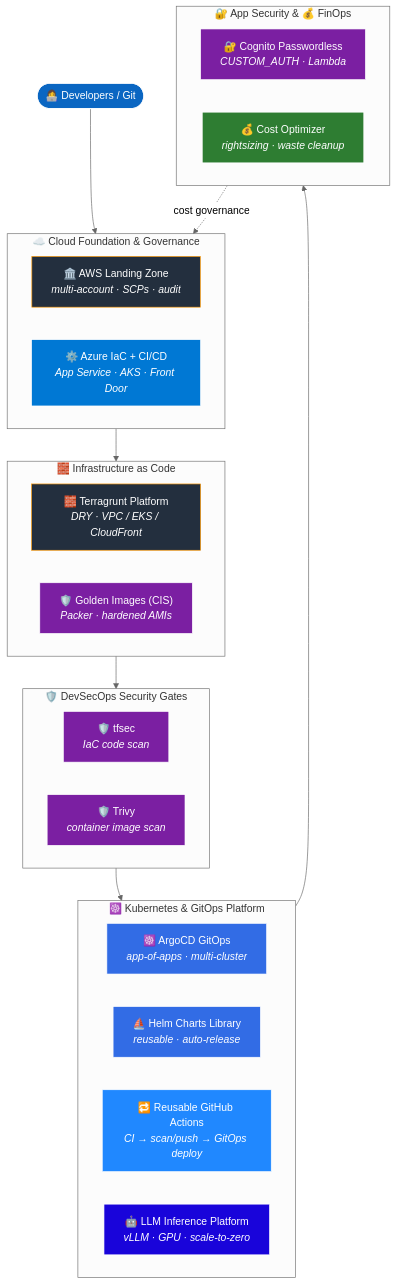
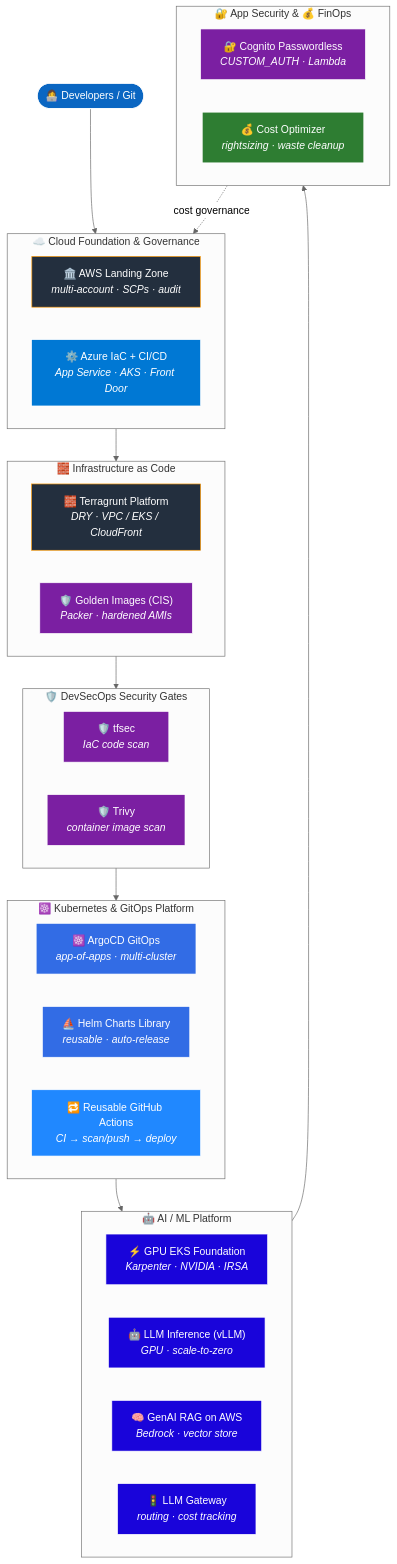
One commit to Muhammad-Imad/Muhammad-Imad changed the diagram in README.md. Above: the diagram before and after it, drawn with Mermaid (neutral theme). The commit also changed other lines of this file, not shown here.

Commit message:
Add AI/ML Platform subgraph + 3 new AI repos (RAG, LLM gateway, GPU EKS) to featured & diagram

````diff
--- a/README.md
+++ b/README.md
@@ -77,63 +77,74 @@
 ```mermaid
 flowchart TB
     DEV(["👩‍💻 Developers / Git"]):::entry
 
     subgraph GOV["☁️ Cloud Foundation & Governance"]
         direction LR
         LZ["🏛️ AWS Landing Zone<br/><i>multi-account · SCPs · audit</i>"]:::aws
         AZ["⚙️ Azure IaC + CI/CD<br/><i>App Service · AKS · Front Door</i>"]:::azure
     end
 
     subgraph IAC["🧱 Infrastructure as Code"]
         direction LR
         TG["🧱 Terragrunt Platform<br/><i>DRY · VPC / EKS / CloudFront</i>"]:::aws
         PK["🛡️ Golden Images (CIS)<br/><i>Packer · hardened AMIs</i>"]:::sec
     end
 
     subgraph DSO["🛡️ DevSecOps Security Gates"]
         direction LR
         TFSEC["🛡️ tfsec<br/><i>IaC code scan</i>"]:::sec
         TRIVY["🛡️ Trivy<br/><i>container image scan</i>"]:::sec
     end
 
     subgraph PLAT["☸️ Kubernetes & GitOps Platform"]
         direction LR
         AR["☸️ ArgoCD GitOps<br/><i>app-of-apps · multi-cluster</i>"]:::k8s
         HC["⛵ Helm Charts Library<br/><i>reusable · auto-release</i>"]:::k8s
-        GHA["🔁 Reusable GitHub Actions<br/><i>CI → scan/push → GitOps deploy</i>"]:::cicd
-        LLM["🤖 LLM Inference Platform<br/><i>vLLM · GPU · scale-to-zero</i>"]:::ai
+        GHA["🔁 Reusable GitHub Actions<br/><i>CI → scan/push → deploy</i>"]:::cicd
+    end
+
+    subgraph AIP["🤖 AI / ML Platform"]
+        direction LR
+        EKSGPU["⚡ GPU EKS Foundation<br/><i>Karpenter · NVIDIA · IRSA</i>"]:::ai
+        LLM["🤖 LLM Inference (vLLM)<br/><i>GPU · scale-to-zero</i>"]:::ai
+        RAG["🧠 GenAI RAG on AWS<br/><i>Bedrock · vector store</i>"]:::ai
+        GW["🚦 LLM Gateway<br/><i>routing · cost tracking</i>"]:::ai
     end
 
     subgraph APPSEC["🔐 App Security & 💰 FinOps"]
         direction LR
         CG["🔐 Cognito Passwordless<br/><i>CUSTOM_AUTH · Lambda</i>"]:::sec
         CO["💰 Cost Optimizer<br/><i>rightsizing · waste cleanup</i>"]:::fin
     end
 
     DEV --> GOV
     GOV --> IAC
     IAC --> DSO
     DSO --> PLAT
-    PLAT --> APPSEC
+    PLAT --> AIP
+    AIP --> APPSEC
     CO -. "cost governance" .-> GOV
 
     click LZ href "https://github.com/Muhammad-Imad/terraform-aws-landing-zone" _blank
     click AZ href "https://github.com/Muhammad-Imad/azure-devops-iac-pipelines" _blank
     click TG href "https://github.com/Muhammad-Imad/terragrunt-aws-platform" _blank
     click PK href "https://github.com/Muhammad-Imad/packer-golden-images-cis" _blank
     click AR href "https://github.com/Muhammad-Imad/argocd-gitops-platform" _blank
     click HC href "https://github.com/Muhammad-Imad/helm-charts-library" _blank
+    click GHA href "https://github.com/Muhammad-Imad/reusable-github-actions" _blank
+    click EKSGPU href "https://github.com/Muhammad-Imad/terraform-aws-eks-gpu" _blank
+    click LLM href "https://github.com/Muhammad-Imad/llm-inference-platform-k8s" _blank
+    click RAG href "https://github.com/Muhammad-Imad/genai-rag-aws-terraform" _blank
+    click GW href "https://github.com/Muhammad-Imad/llm-gateway-finops" _blank
     click CG href "https://github.com/Muhammad-Imad/terraform-aws-cognito-passwordless" _blank
     click CO href "https://github.com/Muhammad-Imad/aws-cost-optimizer" _blank
-    click GHA href "https://github.com/Muhammad-Imad/reusable-github-actions" _blank
-    click LLM href "https://github.com/Muhammad-Imad/llm-inference-platform-k8s" _blank
 
     classDef entry fill:#0A66C2,stroke:#fff,stroke-width:1px,color:#fff;
     classDef aws fill:#232F3E,stroke:#FF9900,stroke-width:1px,color:#fff;
     classDef azure fill:#0078D4,stroke:#fff,stroke-width:1px,color:#fff;
     classDef k8s fill:#326CE5,stroke:#fff,stroke-width:1px,color:#fff;
     classDef sec fill:#7B1FA2,stroke:#fff,stroke-width:1px,color:#fff;
     classDef fin fill:#2E7D32,stroke:#fff,stroke-width:1px,color:#fff;
     classDef cicd fill:#2088FF,stroke:#fff,stroke-width:1px,color:#fff;
     classDef ai fill:#1904DA,stroke:#fff,stroke-width:1px,color:#fff;
 ```
````
